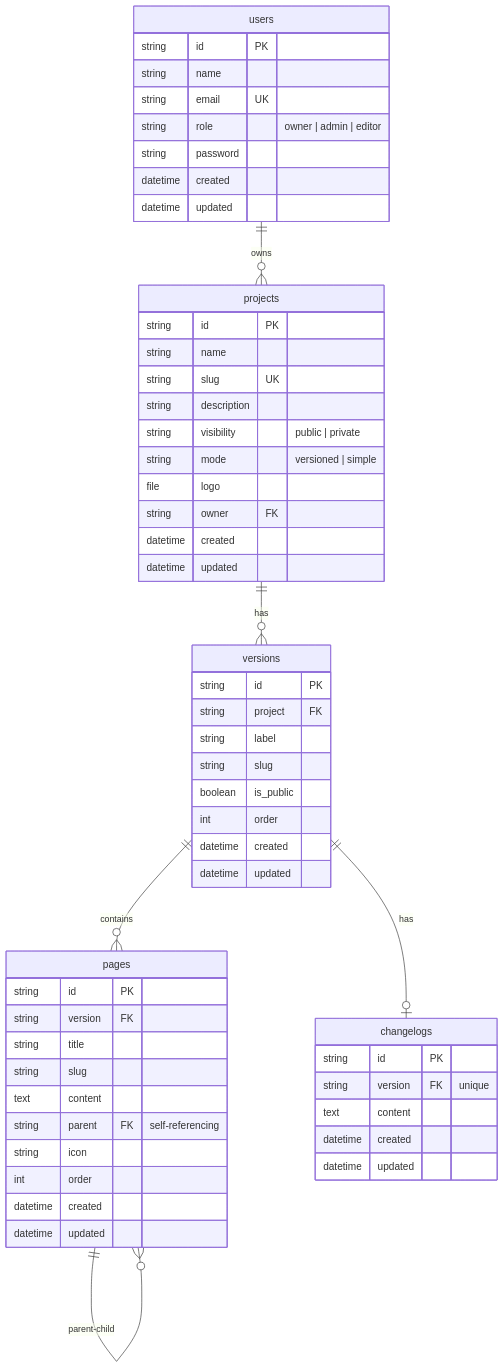
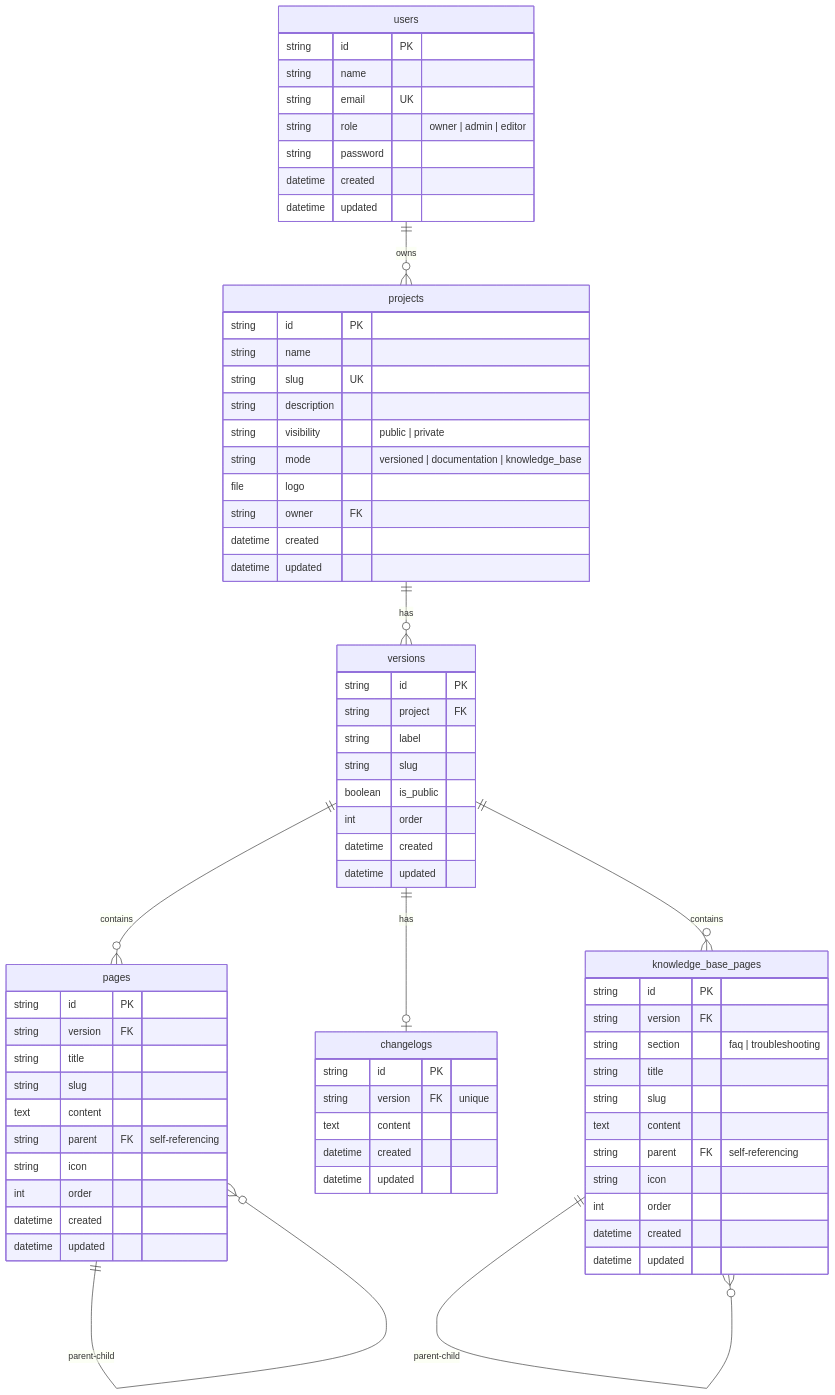
Before and after one commit to devAlphaSystem/Alpha-System-PocketDocs: the third of 5 diagrams in docs/architecture.md, drawn with Mermaid. The commit also changed other lines of this file and 42 other files, not shown here.

````diff
--- a/docs/architecture.md
+++ b/docs/architecture.md
@@ -98,63 +99,79 @@
 ```mermaid
 erDiagram
     users {
         string id PK
         string name
         string email UK
         string role "owner | admin | editor"
         string password
         datetime created
         datetime updated
     }
 
     projects {
         string id PK
         string name
         string slug UK
         string description
         string visibility "public | private"
-        string mode "versioned | simple"
+        string mode "versioned | documentation | knowledge_base"
         file logo
         string owner FK
         datetime created
         datetime updated
     }
 
     versions {
         string id PK
         string project FK
         string label
         string slug
         boolean is_public
         int order
         datetime created
         datetime updated
     }
 
     pages {
         string id PK
         string version FK
         string title
         string slug
         text content
         string parent FK "self-referencing"
         string icon
         int order
         datetime created
         datetime updated
     }
 
     changelogs {
         string id PK
         string version FK "unique"
         text content
         datetime created
         datetime updated
     }
 
+    knowledge_base_pages {
+        string id PK
+        string version FK
+        string section "faq | troubleshooting"
+        string title
+        string slug
+        text content
+        string parent FK "self-referencing"
+        string icon
+        int order
+        datetime created
+        datetime updated
+    }
+
     users ||--o{ projects : "owns"
     projects ||--o{ versions : "has"
     versions ||--o{ pages : "contains"
     versions ||--o| changelogs : "has"
+    versions ||--o{ knowledge_base_pages : "contains"
     pages ||--o{ pages : "parent-child"
+    knowledge_base_pages ||--o{ knowledge_base_pages : "parent-child"
 ```
````
